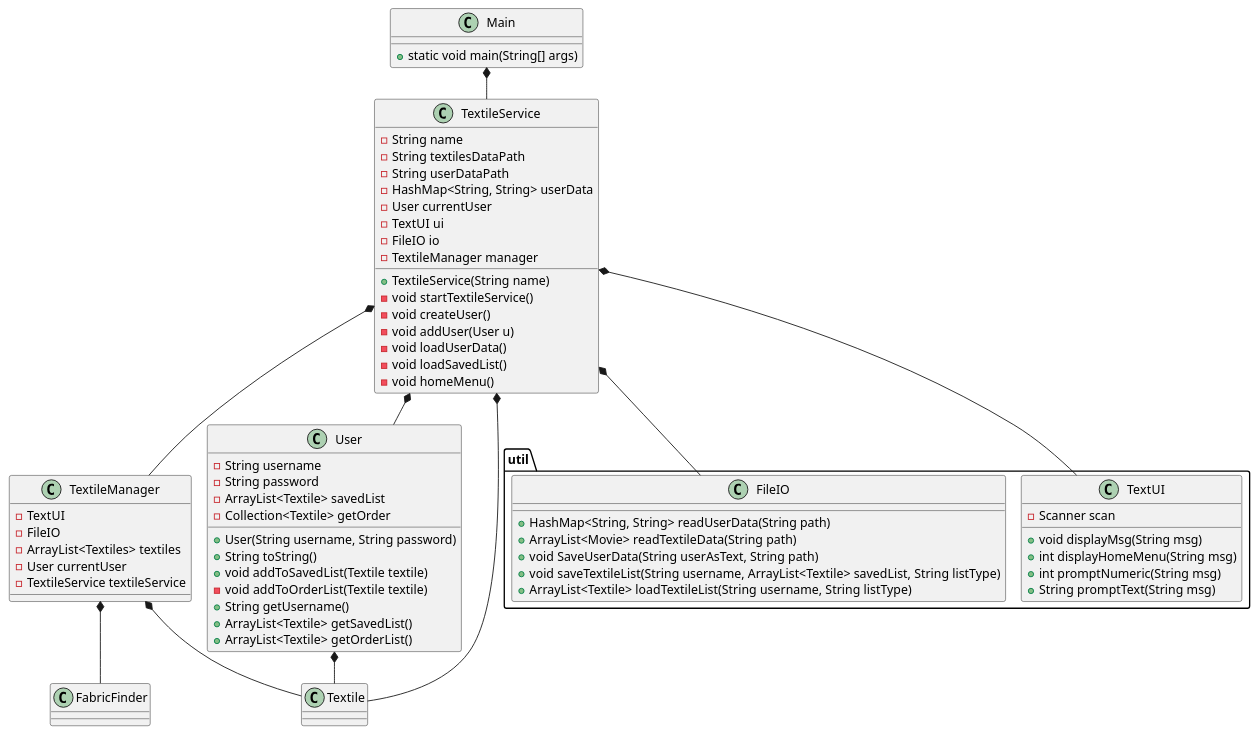
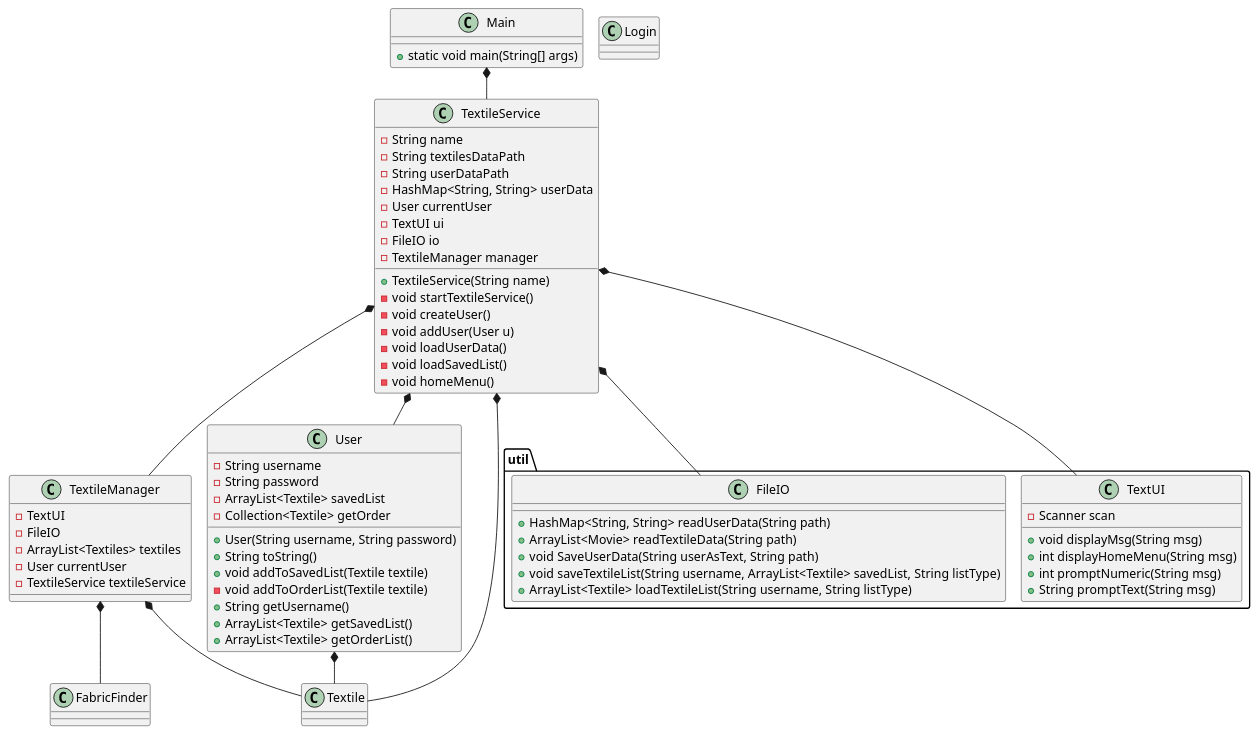
The diagram in doc/classdiagram/classdiagram.puml (Griffenholm/ICE), drawn with PlantUML before and after one commit. The commit also changed 6 other files, not shown here.

```diff
--- a/doc/classdiagram/classdiagram.puml
+++ b/doc/classdiagram/classdiagram.puml
@@ -1,82 +1,85 @@
 @startuml
 !pragma layout smetana
 
 class Main {
 + static void main(String[] args)
 }
 
 
 class TextileService{
 - String name
 - String textilesDataPath
 - String userDataPath
 - HashMap<String, String> userData
 - User currentUser
 - TextUI ui
 - FileIO io
 - TextileManager manager
 + TextileService(String name)
 - void startTextileService()
 - void createUser()
 - void addUser(User u)
 - void loadUserData()
 - void loadSavedList()
 - void homeMenu()
 }
 
 class TextileManager{
 - TextUI
 - FileIO
 - ArrayList<Textiles> textiles
 - User currentUser
 - TextileService textileService
 }
 
 class FabricFinder{
+}
+
+class Login{
 }
 
 class User {
 - String username
 - String password
 - ArrayList<Textile> savedList
 - Collection<Textile> getOrder
 + User(String username, String password)
 + String toString()
 + void addToSavedList(Textile textile)
 - void addToOrderList(Textile textile)
 + String getUsername()
 + ArrayList<Textile> getSavedList()
 + ArrayList<Textile> getOrderList()
 }
 
 class Textile {}
 
 package "util" {
 
 class TextUI {
 - Scanner scan
 + void displayMsg(String msg)
 + int displayHomeMenu(String msg)
 + int promptNumeric(String msg)
 + String promptText(String msg)
 }
 
 class FileIO {
 + HashMap<String, String> readUserData(String path)
 + ArrayList<Movie> readTextileData(String path)
 + void SaveUserData(String userAsText, String path)
 + void saveTextileList(String username, ArrayList<Textile> savedList, String listType)
 + ArrayList<Textile> loadTextileList(String username, String listType)
 }
 }
 
 Main *-- TextileService
 TextileService *-- FileIO
 TextileService *-- TextUI
 TextileService *-- User
 TextileService *-- TextileManager
 TextileManager *-- Textile
 TextileManager *-- FabricFinder
 TextileService *-- Textile
 User *-- Textile
 @enduml
```
